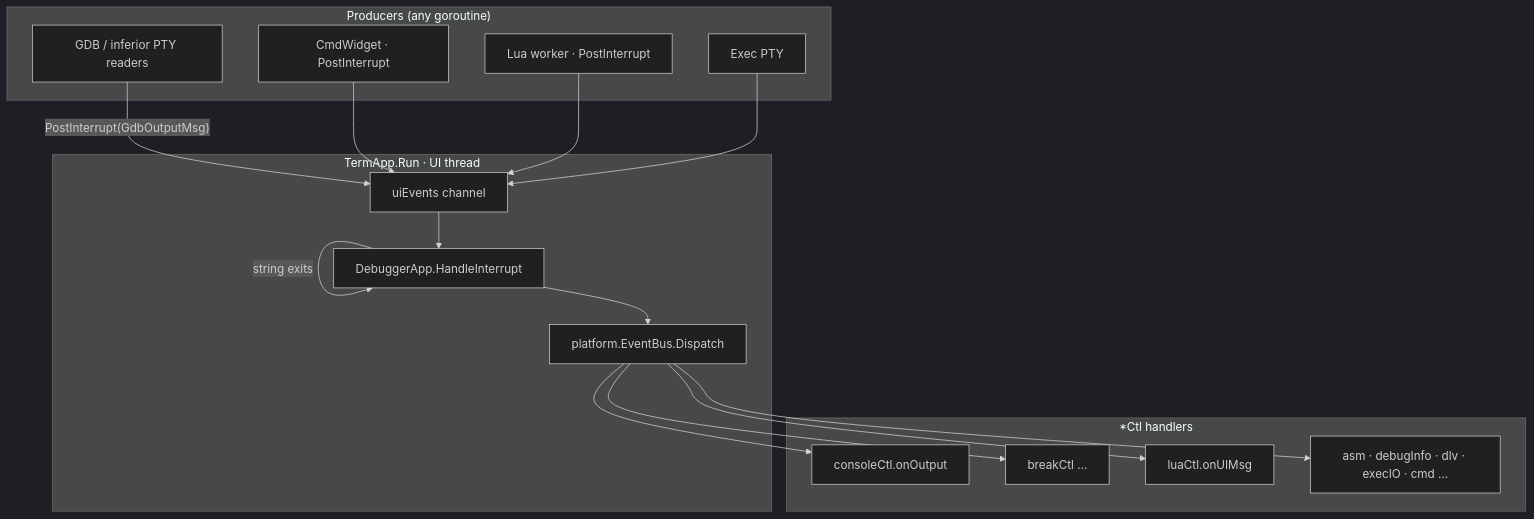
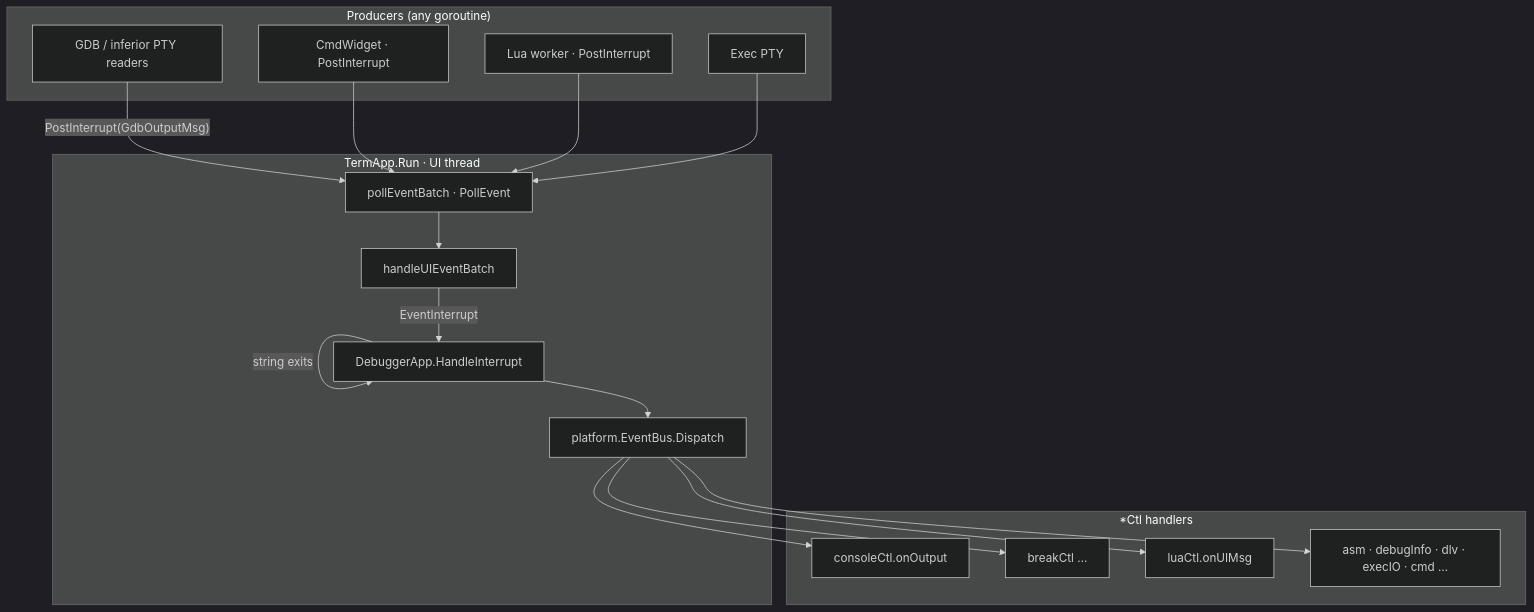
The ninth of 11 diagrams in docs/ARCHITECTURE.md (yairgd/gdbforge), drawn with Mermaid (dark theme) before and after one commit. The commit also changed other lines of this file and 243 other files, not shown here.

````diff
--- a/docs/ARCHITECTURE.md
+++ b/docs/ARCHITECTURE.md
@@ -888,34 +915,36 @@
 ```mermaid
 flowchart TB
     subgraph Producers["Producers (any goroutine)"]
         PTY["GDB / inferior PTY readers"]
         CmdW["CmdWidget · PostInterrupt"]
         Lua["Lua worker · PostInterrupt"]
         Exec["Exec PTY"]
     end
 
     subgraph Loop["TermApp.Run · UI thread"]
-        UI["uiEvents channel"]
+        Poll["pollEventBatch · PollEvent"]
+        Batch["handleUIEventBatch"]
         HI["DebuggerApp.HandleInterrupt"]
         Bus["platform.EventBus.Dispatch"]
     end
 
     subgraph Controllers["*Ctl handlers"]
         Console["consoleCtl.onOutput"]
         Breaks["breakCtl …"]
         LuaCtl["luaCtl.onUIMsg"]
         Other["asm · debugInfo · dlv · execIO · cmd …"]
     end
 
-    PTY -->|"PostInterrupt(GdbOutputMsg)"| UI
-    CmdW --> UI
-    Lua --> UI
-    Exec --> UI
-    UI --> HI
+    PTY -->|"PostInterrupt(GdbOutputMsg)"| Poll
+    CmdW --> Poll
+    Lua --> Poll
+    Exec --> Poll
+    Poll --> Batch
+    Batch -->|"EventInterrupt"| HI
     HI -->|"string exits"| HI
     HI --> Bus
     Bus --> Console
     Bus --> Breaks
     Bus --> LuaCtl
     Bus --> Other
 ```
````
